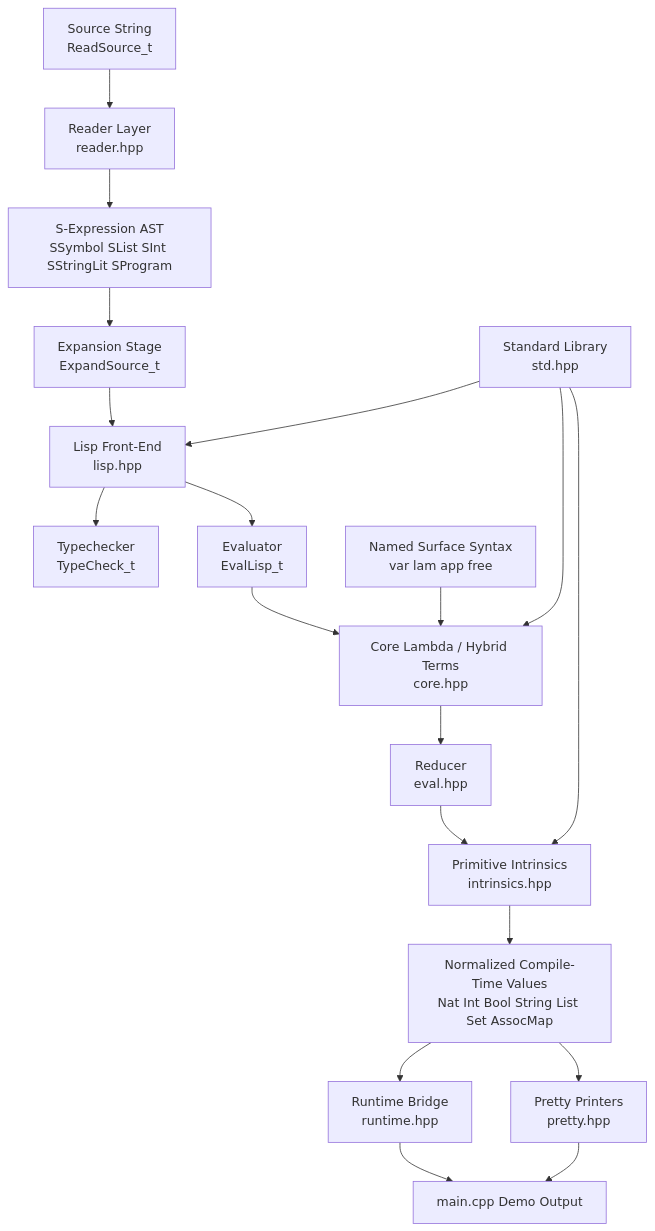
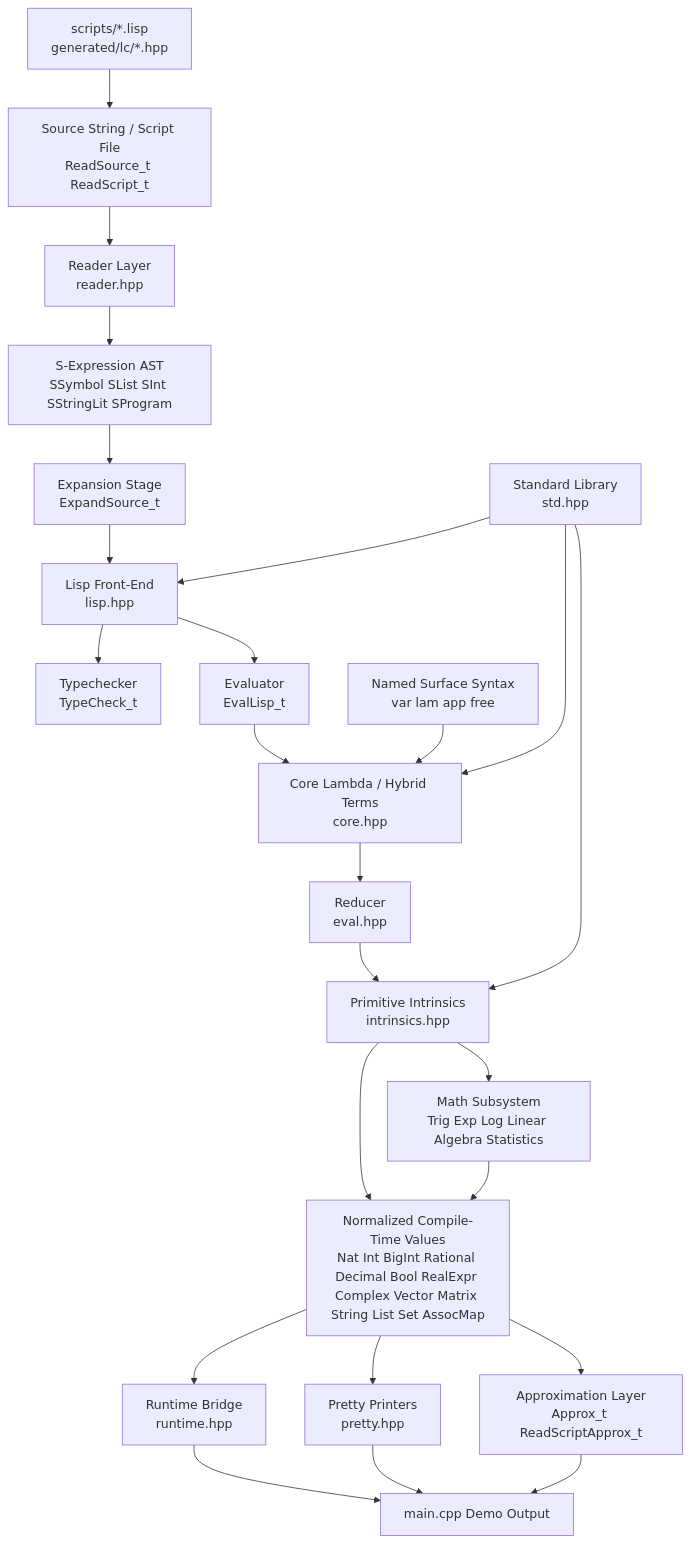
One commit to Tethane/Metaprogramming changed the diagram in README.md. Above: the diagram before and after it, drawn with Mermaid. The commit also changed other lines of this file and 17 other files, not shown here.

````diff
--- a/README.md
+++ b/README.md
@@ -95,21 +106,26 @@
 ```mermaid
 flowchart TD
-    A[Source String<br/>ReadSource_t] --> B[Reader Layer<br/>reader.hpp]
+    A[Source String / Script File<br/>ReadSource_t ReadScript_t] --> B[Reader Layer<br/>reader.hpp]
     B --> C[S-Expression AST<br/>SSymbol SList SInt SStringLit SProgram]
     C --> X[Expansion Stage<br/>ExpandSource_t]
     X --> D[Lisp Front-End<br/>lisp.hpp]
     D --> E[Typechecker<br/>TypeCheck_t]
     D --> F[Evaluator<br/>EvalLisp_t]
     F --> G[Core Lambda / Hybrid Terms<br/>core.hpp]
     G --> H[Reducer<br/>eval.hpp]
     H --> I[Primitive Intrinsics<br/>intrinsics.hpp]
-    I --> J[Normalized Compile-Time Values<br/>Nat Int Bool String List Set AssocMap]
+    I --> J[Normalized Compile-Time Values<br/>Nat Int BigInt Rational Decimal Bool RealExpr Complex Vector Matrix String List Set AssocMap]
+    I --> MATH[Math Subsystem<br/>Trig Exp Log Linear Algebra Statistics]
+    MATH --> J
     J --> K[Pretty Printers<br/>pretty.hpp]
     J --> L[Runtime Bridge<br/>runtime.hpp]
+    J --> AP[Approximation Layer<br/>Approx_t ReadScriptApprox_t]
     M[Named Surface Syntax<br/>var lam app free] --> G
     N[Standard Library<br/>std.hpp] --> D
     N --> G
     N --> I
+    S[scripts/*.lisp<br/>generated/lc/*.hpp] --> A
     L --> O[main.cpp Demo Output]
     K --> O
+    AP --> O
 ```
````
